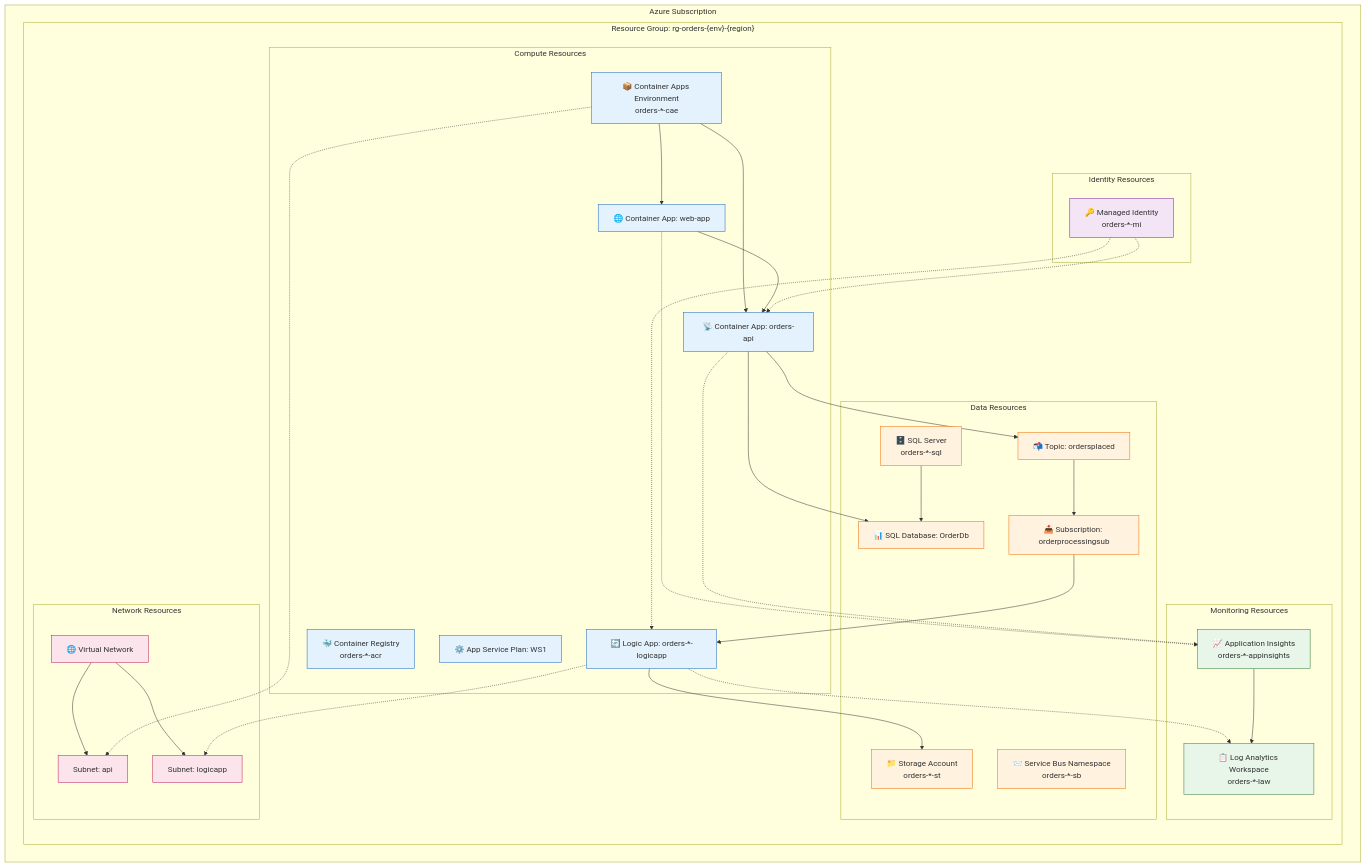
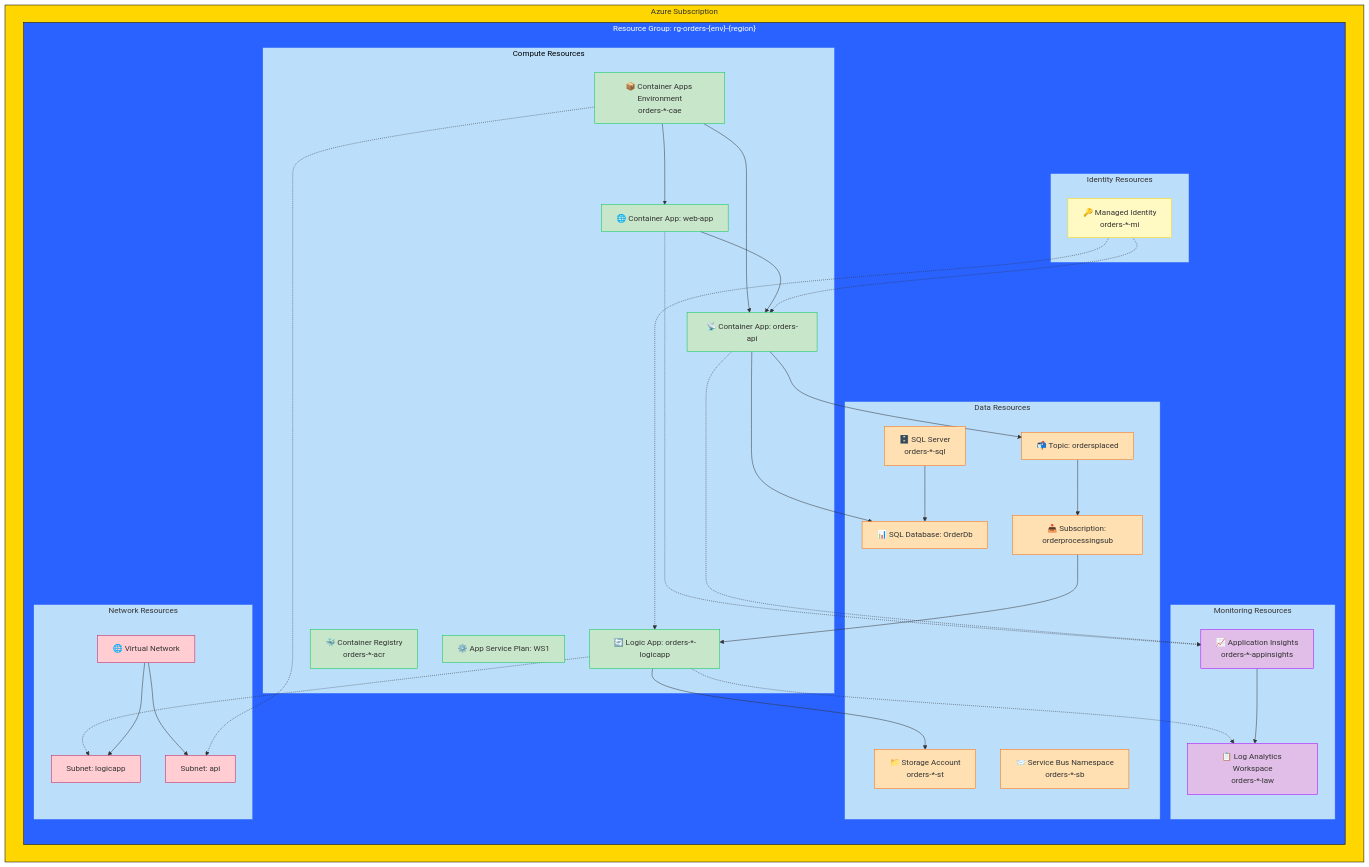
The second of 3 diagrams in docs/architecture/04-technology-architecture.md (Evilazaro/Azure-LogicApps-Monitoring), drawn with Mermaid before and after one commit. The commit also changed other lines of this file and 2 other files, not shown here.

Commit message:
Refactor Mermaid diagrams for improved clarity and consistency across architecture documentation

````diff
--- a/docs/architecture/04-technology-architecture.md
+++ b/docs/architecture/04-technology-architecture.md
@@ -90,74 +91,104 @@
 ```mermaid
-flowchart TD
-    subgraph Subscription["Azure Subscription"]
-        subgraph RG["Resource Group: rg-orders-{env}-{region}"]
-            subgraph Compute["Compute Resources"]
-                ACR["🐳 Container Registry<br/>orders-*-acr"]
-                CAE["📦 Container Apps Environment<br/>orders-*-cae"]
-                CA1["🌐 Container App: web-app"]
-                CA2["📡 Container App: orders-api"]
-                ASP["⚙️ App Service Plan: WS1"]
-                LogicApp["🔄 Logic App: orders-*-logicapp"]
-            end
-
-            subgraph Data["Data Resources"]
-                SQLServer["🗄️ SQL Server<br/>orders-*-sql"]
-                SQLDB["📊 SQL Database: OrderDb"]
-                SBNamespace["📨 Service Bus Namespace<br/>orders-*-sb"]
-                SBTopic["📬 Topic: ordersplaced"]
-                SBSub["📥 Subscription: orderprocessingsub"]
-                StorageAccount["📁 Storage Account<br/>orders-*-st"]
-            end
-
-            subgraph Monitoring["Monitoring Resources"]
-                AppInsights["📈 Application Insights<br/>orders-*-appinsights"]
-                LogAnalytics["📋 Log Analytics Workspace<br/>orders-*-law"]
-            end
-
-            subgraph Identity["Identity Resources"]
-                ManagedIdentity["🔑 Managed Identity<br/>orders-*-mi"]
-            end
-
-            subgraph Network["Network Resources"]
-                VNet["🌐 Virtual Network"]
-                APISubnet["Subnet: api"]
-                LASubnet["Subnet: logicapp"]
-            end
-        end
-    end
-
-    CAE --> CA1
-    CAE --> CA2
+flowchart TB
+ subgraph Compute["Compute Resources"]
+        ACR["🐳 Container Registry<br>orders-*-acr"]
+        CAE["📦 Container Apps Environment<br>orders-*-cae"]
+        CA1["🌐 Container App: web-app"]
+        CA2["📡 Container App: orders-api"]
+        ASP["⚙️ App Service Plan: WS1"]
+        LogicApp["🔄 Logic App: orders-*-logicapp"]
+  end
+ subgraph Data["Data Resources"]
+        SQLServer["🗄️ SQL Server<br>orders-*-sql"]
+        SQLDB["📊 SQL Database: OrderDb"]
+        SBNamespace["📨 Service Bus Namespace<br>orders-*-sb"]
+        SBTopic["📬 Topic: ordersplaced"]
+        SBSub["📥 Subscription: orderprocessingsub"]
+        StorageAccount["📁 Storage Account<br>orders-*-st"]
+  end
+ subgraph Monitoring["Monitoring Resources"]
+        AppInsights["📈 Application Insights<br>orders-*-appinsights"]
+        LogAnalytics["📋 Log Analytics Workspace<br>orders-*-law"]
+  end
+ subgraph Identity["Identity Resources"]
+        ManagedIdentity["🔑 Managed Identity<br>orders-*-mi"]
+  end
+ subgraph Network["Network Resources"]
+        VNet["🌐 Virtual Network"]
+        APISubnet["Subnet: api"]
+        LASubnet["Subnet: logicapp"]
+  end
+ subgraph RG["Resource Group: rg-orders-{env}-{region}"]
+        Compute
+        Data
+        Monitoring
+        Identity
+        Network
+  end
+ subgraph Subscription["Azure Subscription"]
+        RG
+  end
+    CAE --> CA1 & CA2
     CA1 --> CA2
-    CA2 --> SQLDB
-    CA2 --> SBTopic
+    CA2 --> SQLDB & SBTopic
     SBTopic --> SBSub
     SBSub --> LogicApp
     LogicApp --> StorageAccount
     SQLServer --> SQLDB
-
     CA1 -.-> AppInsights
     CA2 -.-> AppInsights
-    LogicApp -.-> LogAnalytics
+    LogicApp -.-> LogAnalytics & LASubnet
     AppInsights --> LogAnalytics
+    ManagedIdentity -.-> CA2 & LogicApp
+    VNet --> APISubnet & LASubnet
+    CAE -.-> APISubnet
 
-    ManagedIdentity -.-> CA2
-    ManagedIdentity -.-> LogicApp
-
-    VNet --> APISubnet
-    VNet --> LASubnet
-    CAE -.-> APISubnet
-    LogicApp -.-> LASubnet
-
+     ACR:::compute
+     CAE:::compute
+     CA1:::compute
+     CA2:::compute
+     ASP:::compute
+     LogicApp:::compute
+     SQLServer:::data
+     SQLDB:::data
+     SBNamespace:::data
+     SBTopic:::data
+     SBSub:::data
+     StorageAccount:::data
+     AppInsights:::monitoring
+     LogAnalytics:::monitoring
+     ManagedIdentity:::identity
+     VNet:::network
+     APISubnet:::network
+     LASubnet:::network
     classDef compute fill:#e3f2fd,stroke:#1565c0
     classDef data fill:#fff3e0,stroke:#ef6c00
     classDef monitoring fill:#e8f5e9,stroke:#2e7d32
     classDef identity fill:#f3e5f5,stroke:#7b1fa2
     classDef network fill:#fce4ec,stroke:#c2185b
-
-    class ACR,CAE,CA1,CA2,ASP,LogicApp compute
-    class SQLServer,SQLDB,SBNamespace,SBTopic,SBSub,StorageAccount data
-    class AppInsights,LogAnalytics monitoring
-    class ManagedIdentity identity
-    class VNet,APISubnet,LASubnet network
+    style ACR stroke:#00C853,fill:#C8E6C9
+    style CAE fill:#C8E6C9,stroke:#00C853
+    style CA1 stroke:#00C853,fill:#C8E6C9
+    style CA2 stroke:#00C853,fill:#C8E6C9
+    style ASP stroke:#00C853,fill:#C8E6C9
+    style LogicApp stroke:#00C853,fill:#C8E6C9
+    style SQLServer stroke:#FF6D00,fill:#FFE0B2
+    style SQLDB stroke:#FF6D00,fill:#FFE0B2
+    style SBNamespace stroke:#FF6D00,fill:#FFE0B2
+    style SBTopic stroke:#FF6D00,fill:#FFE0B2
+    style SBSub stroke:#FF6D00,fill:#FFE0B2
+    style StorageAccount stroke:#FF6D00,fill:#FFE0B2
+    style AppInsights fill:#E1BEE7,stroke:#AA00FF
+    style LogAnalytics stroke:#AA00FF,fill:#E1BEE7
+    style ManagedIdentity fill:#FFF9C4,stroke:#FFD600
+    style VNet fill:#FFCDD2
+    style APISubnet fill:#FFCDD2
+    style LASubnet fill:#FFCDD2
+    style Compute fill:#BBDEFB,stroke:#2962FF,color:#000000
+    style Data fill:#BBDEFB,stroke:#2962FF
+    style Monitoring fill:#BBDEFB,stroke:#2962FF
+    style Identity fill:#BBDEFB,stroke:#2962FF
+    style Network fill:#BBDEFB,stroke:#2962FF
+    style RG fill:#2962FF,stroke:#000000,color:#FFFFFF
+    style Subscription fill:#FFD600,stroke:#000000
 ```
````
